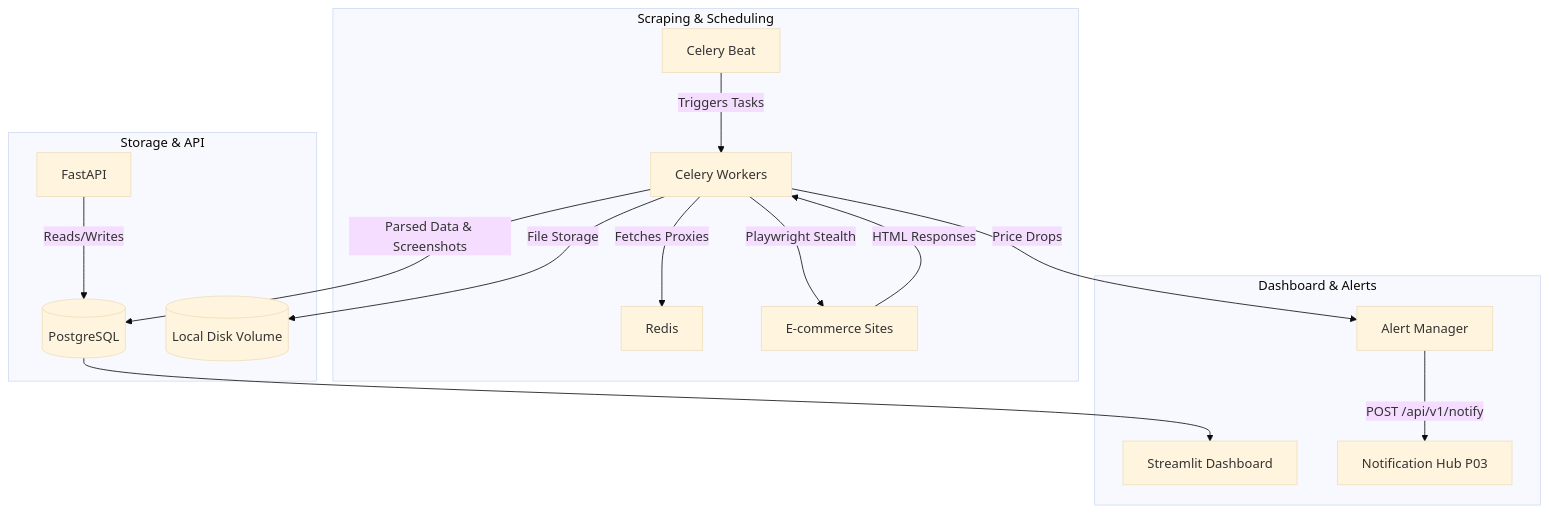
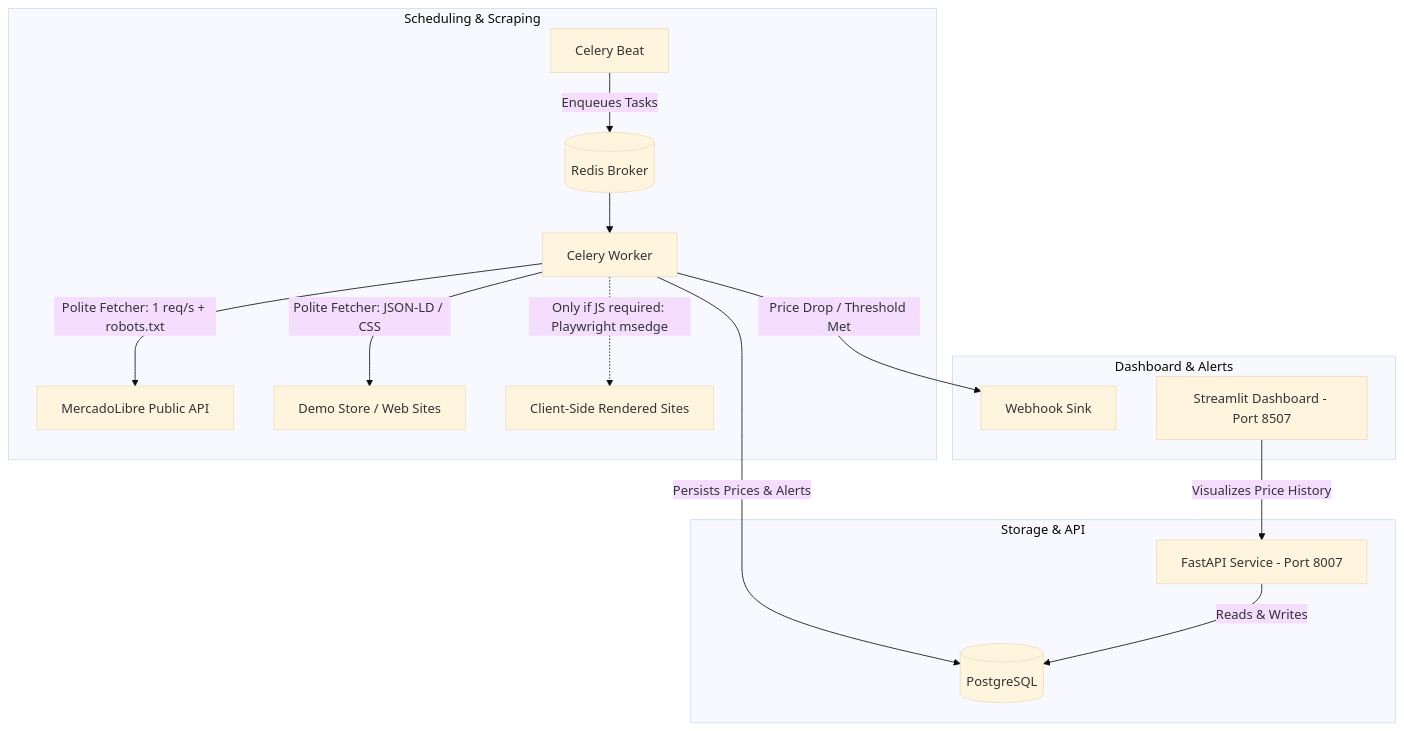
Before and after one commit to valarcon1226/IBM-Agentric-IA-labs: the diagram in Portfolio-Automation/07-price-monitor/README.md, drawn with Mermaid (base theme). The commit also changed other lines of this file and 1 other file, not shown here.

Commit message:
07: README drops stealth and proxy rotation, documents polite scraping

````diff
--- a/Portfolio-Automation/07-price-monitor/README.md
+++ b/Portfolio-Automation/07-price-monitor/README.md
@@ -12,21 +14,20 @@
 ```mermaid
 flowchart TD
-    subgraph "Scraping & Scheduling"
-        CB[Celery Beat] -->|Triggers Tasks| CW[Celery Workers]
-        CW -->|Fetches Proxies| R[Redis]
-        CW -->|Playwright Stealth| WWW[E-commerce Sites]
-        WWW -->|HTML Responses| CW
+    subgraph "Scheduling & Scraping"
+        CB[Celery Beat] -->|Enqueues Tasks| R[(Redis Broker)]
+        R --> CW[Celery Worker]
+        CW -->|Polite Fetcher: 1 req/s + robots.txt| ML[MercadoLibre Public API]
+        CW -->|Polite Fetcher: JSON-LD / CSS| STORE[Demo Store / Web Sites]
+        CW -.->|Only if JS required: Playwright msedge| JS[Client-Side Rendered Sites]
     end
     
     subgraph "Storage & API"
-        CW -->|Parsed Data & Screenshots| DB[(PostgreSQL)]
-        CW -->|File Storage| LOCAL[(Local Disk Volume)]
-        API[FastAPI] -->|Reads/Writes| DB
+        CW -->|Persists Prices & Alerts| DB[(PostgreSQL)]
+        API[FastAPI Service - Port 8007] -->|Reads & Writes| DB
     end
     
     subgraph "Dashboard & Alerts"
-        DB --> ST[Streamlit Dashboard]
-        CW -->|Price Drops| ALERT[Alert Manager]
-        ALERT -->|POST /api/v1/notify| HUB[Notification Hub P03]
+        CW -->|Price Drop / Threshold Met| WH[Webhook Sink]
+        DASH[Streamlit Dashboard - Port 8507] -->|Visualizes Price History| API
     end
 ```
````
